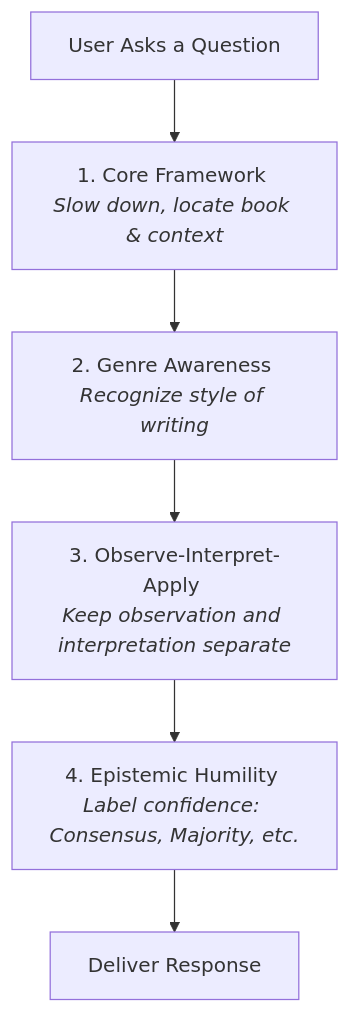
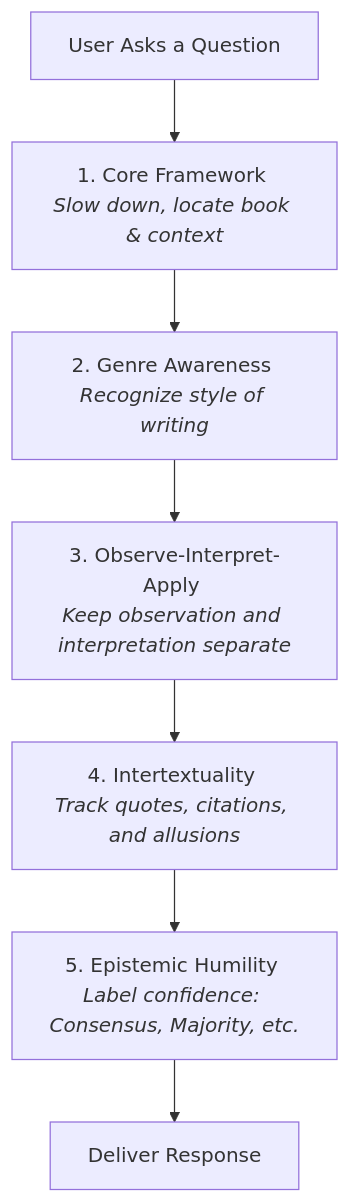
Before and after one commit to mcscwizzy/biblical-hermeneutics-framework: the diagram in docs/minimal-7b-profile-roadmap.md, drawn with Mermaid. The commit also changed other lines of this file and 13 other files, not shown here.

````diff
--- a/docs/minimal-7b-profile-roadmap.md
+++ b/docs/minimal-7b-profile-roadmap.md
@@ -11,8 +11,9 @@
 ```mermaid
 graph TD
     Start[User Asks a Question] --> Core[1. Core Framework <br/><i>Slow down, locate book & context</i>]
     Core --> Genre[2. Genre Awareness <br/><i>Recognize style of writing</i>]
     Genre --> Observe[3. Observe-Interpret-Apply <br/><i>Keep observation and interpretation separate</i>]
-    Observe --> Humility[4. Epistemic Humility <br/><i>Label confidence: Consensus, Majority, etc.</i>]
+    Observe --> Inter[4. Intertextuality <br/><i>Track quotes, citations, and allusions</i>]
+    Inter --> Humility[5. Epistemic Humility <br/><i>Label confidence: Consensus, Majority, etc.</i>]
     Humility --> End[Deliver Response]
 ```
````
